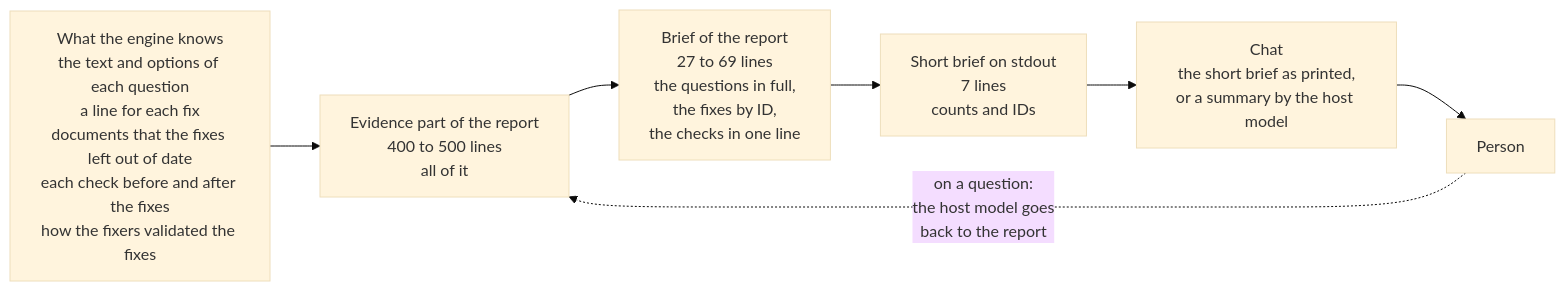
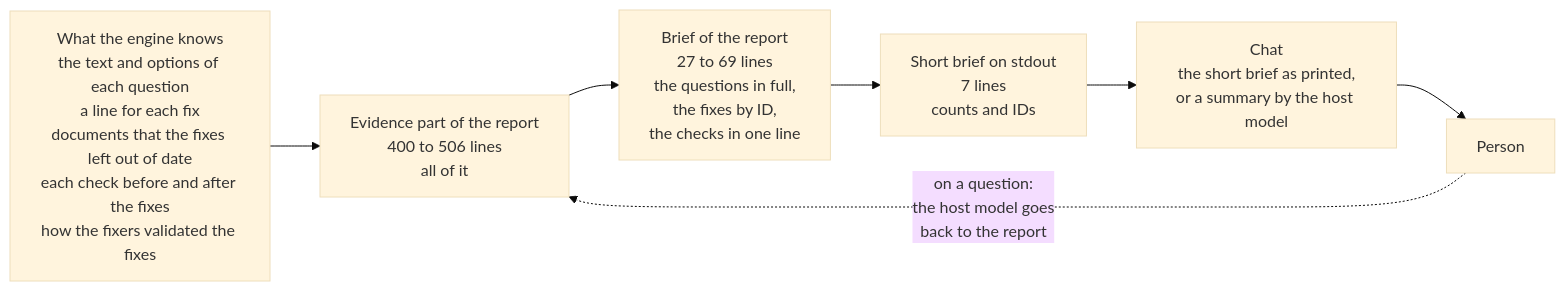
The diagram in docs/reports/2026-10-23-skill-ux.md (josephjang/deep-review), drawn with Mermaid (base theme) before and after one commit. The commit also changed other lines of this file and 1 other file, not shown here.

````diff
--- a/docs/reports/2026-10-23-skill-ux.md
+++ b/docs/reports/2026-10-23-skill-ux.md
@@ -65,11 +65,11 @@
 ```mermaid
 flowchart LR
     E["What the engine knows<br/>the text and options of each question<br/>a line for each fix<br/>documents that the fixes left out of date<br/>each check before and after the fixes<br/>how the fixers validated the fixes"]
-    R["Evidence part of the report<br/>400 to 500 lines<br/>all of it"]
+    R["Evidence part of the report<br/>400 to 506 lines<br/>all of it"]
     B["Brief of the report<br/>27 to 69 lines<br/>the questions in full,<br/>the fixes by ID,<br/>the checks in one line"]
     S["Short brief on stdout<br/>7 lines<br/>counts and IDs"]
     C["Chat<br/>the short brief as printed,<br/>or a summary by the host model"]
     P["Person"]
     E --> R --> B --> S --> C --> P
     P -. "on a question:<br/>the host model goes<br/>back to the report" .-> R
 ```
````
